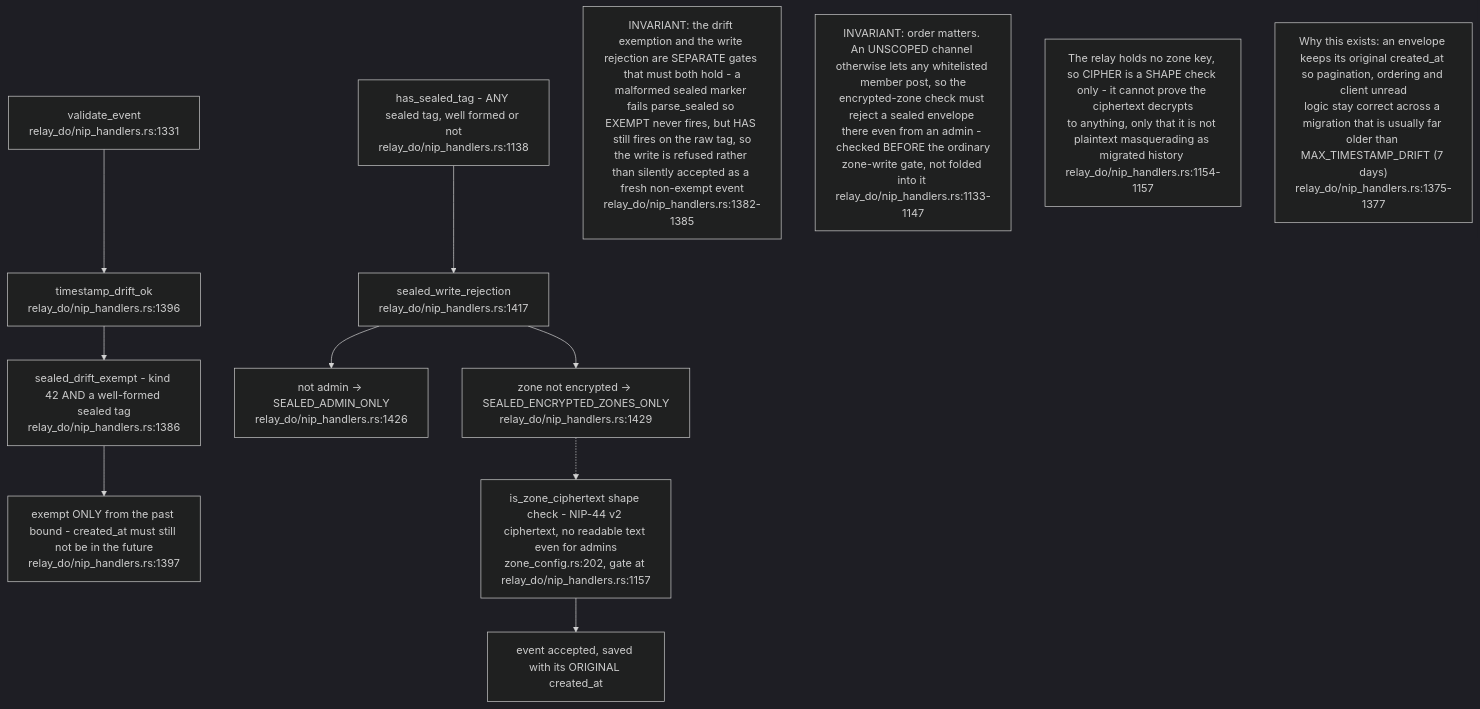
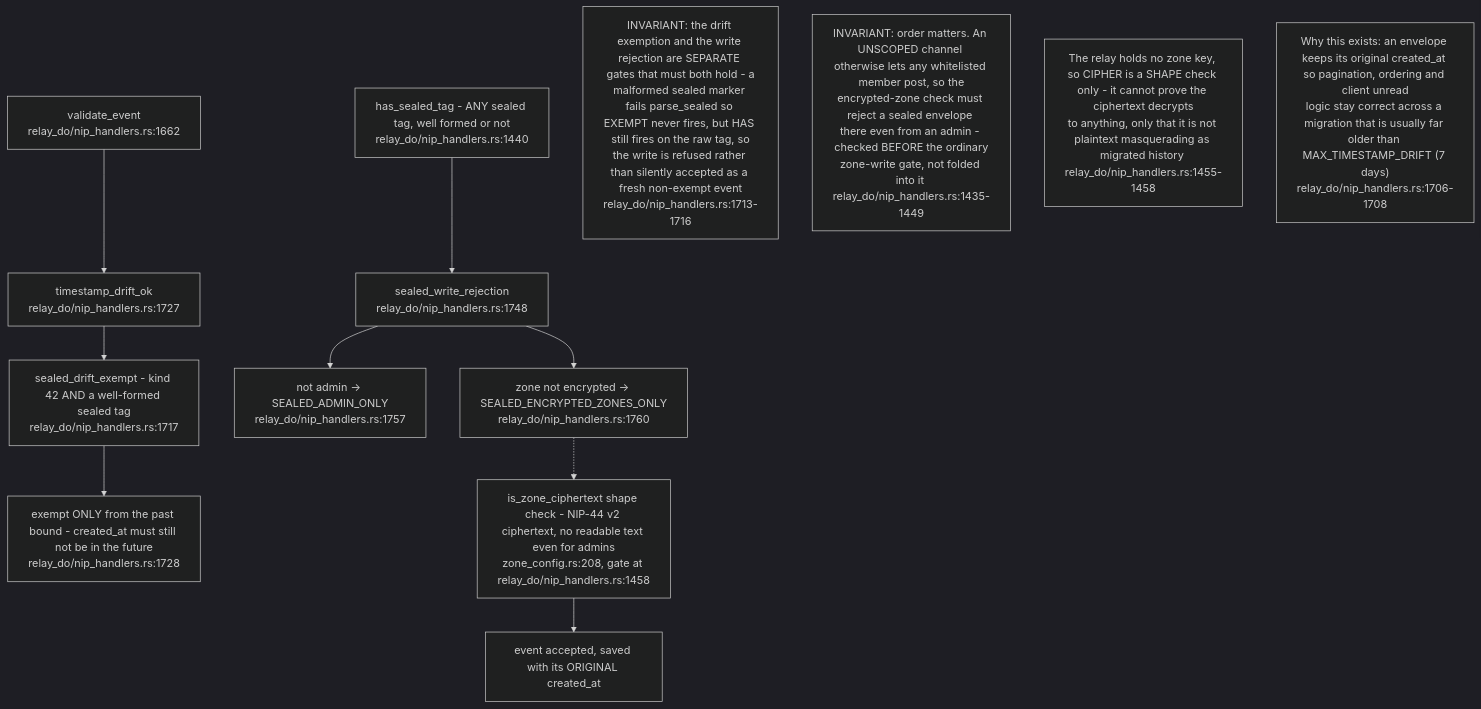
One commit to DreamLab-AI/VisionFlow changed diagram 15 of 16 in docs/diagrams/nostr-rust-forum/11-relay-durable-object-internals.md. Above: the diagram before and after it, drawn with Mermaid (dark theme). The commit also changed other lines of this file and 160 other files, not shown here.

````diff
--- a/docs/diagrams/nostr-rust-forum/11-relay-durable-object-internals.md
+++ b/docs/diagrams/nostr-rust-forum/11-relay-durable-object-internals.md
@@ -435,23 +447,23 @@
 ```mermaid
 flowchart TB
-    VAL["validate_event<br/>relay_do/nip_handlers.rs:1331"]
-    DRIFT["timestamp_drift_ok<br/>relay_do/nip_handlers.rs:1396"]
-    EXEMPT["sealed_drift_exempt - kind 42 AND a well-formed sealed tag<br/>relay_do/nip_handlers.rs:1386"]
-    PAST["exempt ONLY from the past bound - created_at must still not be in the future<br/>relay_do/nip_handlers.rs:1397"]
-    HAS["has_sealed_tag - ANY sealed tag, well formed or not<br/>relay_do/nip_handlers.rs:1138"]
-    REJ["sealed_write_rejection<br/>relay_do/nip_handlers.rs:1417"]
-    ADMIN["not admin -> SEALED_ADMIN_ONLY<br/>relay_do/nip_handlers.rs:1426"]
-    ENCZ["zone not encrypted -> SEALED_ENCRYPTED_ZONES_ONLY<br/>relay_do/nip_handlers.rs:1429"]
-    CIPHER["is_zone_ciphertext shape check - NIP-44 v2 ciphertext, no readable text even for admins<br/>zone_config.rs:202, gate at relay_do/nip_handlers.rs:1157"]
+    VAL["validate_event<br/>relay_do/nip_handlers.rs:1662"]
+    DRIFT["timestamp_drift_ok<br/>relay_do/nip_handlers.rs:1727"]
+    EXEMPT["sealed_drift_exempt - kind 42 AND a well-formed sealed tag<br/>relay_do/nip_handlers.rs:1717"]
+    PAST["exempt ONLY from the past bound - created_at must still not be in the future<br/>relay_do/nip_handlers.rs:1728"]
+    HAS["has_sealed_tag - ANY sealed tag, well formed or not<br/>relay_do/nip_handlers.rs:1440"]
+    REJ["sealed_write_rejection<br/>relay_do/nip_handlers.rs:1748"]
+    ADMIN["not admin -> SEALED_ADMIN_ONLY<br/>relay_do/nip_handlers.rs:1757"]
+    ENCZ["zone not encrypted -> SEALED_ENCRYPTED_ZONES_ONLY<br/>relay_do/nip_handlers.rs:1760"]
+    CIPHER["is_zone_ciphertext shape check - NIP-44 v2 ciphertext, no readable text even for admins<br/>zone_config.rs:208, gate at relay_do/nip_handlers.rs:1458"]
     OK["event accepted, saved with its ORIGINAL created_at"]
 
     VAL --> DRIFT --> EXEMPT --> PAST
     HAS --> REJ --> ADMIN
     REJ --> ENCZ
     ENCZ -.-> CIPHER --> OK
 
-    N1["INVARIANT: the drift exemption and the write rejection are SEPARATE gates that must both hold - a<br/>malformed sealed marker fails parse_sealed so EXEMPT never fires, but HAS still fires on the raw tag, so<br/>the write is refused rather than silently accepted as a fresh non-exempt event<br/>relay_do/nip_handlers.rs:1382-1385"]
-    N2["INVARIANT: order matters. An UNSCOPED channel otherwise lets any whitelisted member post, so the<br/>encrypted-zone check must reject a sealed envelope there even from an admin - checked BEFORE the ordinary<br/>zone-write gate, not folded into it relay_do/nip_handlers.rs:1133-1147"]
-    N3["The relay holds no zone key, so CIPHER is a SHAPE check only - it cannot prove the ciphertext decrypts<br/>to anything, only that it is not plaintext masquerading as migrated history relay_do/nip_handlers.rs:1154-1157"]
-    N4["Why this exists: an envelope keeps its original created_at so pagination, ordering and client unread<br/>logic stay correct across a migration that is usually far older than MAX_TIMESTAMP_DRIFT (7 days)<br/>relay_do/nip_handlers.rs:1375-1377"]
+    N1["INVARIANT: the drift exemption and the write rejection are SEPARATE gates that must both hold - a<br/>malformed sealed marker fails parse_sealed so EXEMPT never fires, but HAS still fires on the raw tag, so<br/>the write is refused rather than silently accepted as a fresh non-exempt event<br/>relay_do/nip_handlers.rs:1713-1716"]
+    N2["INVARIANT: order matters. An UNSCOPED channel otherwise lets any whitelisted member post, so the<br/>encrypted-zone check must reject a sealed envelope there even from an admin - checked BEFORE the ordinary<br/>zone-write gate, not folded into it relay_do/nip_handlers.rs:1435-1449"]
+    N3["The relay holds no zone key, so CIPHER is a SHAPE check only - it cannot prove the ciphertext decrypts<br/>to anything, only that it is not plaintext masquerading as migrated history relay_do/nip_handlers.rs:1455-1458"]
+    N4["Why this exists: an envelope keeps its original created_at so pagination, ordering and client unread<br/>logic stay correct across a migration that is usually far older than MAX_TIMESTAMP_DRIFT (7 days)<br/>relay_do/nip_handlers.rs:1706-1708"]
 ```
````
